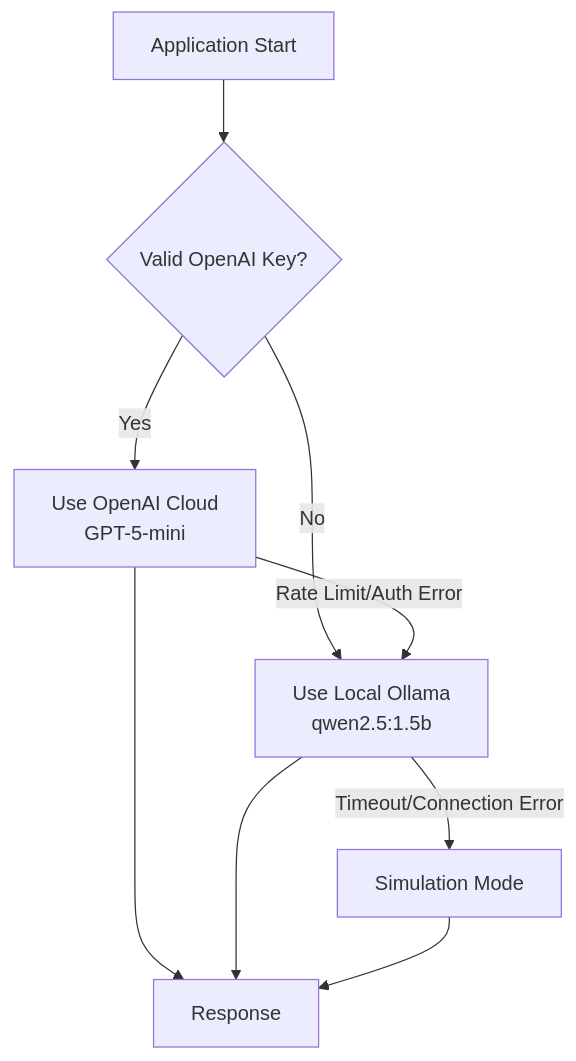
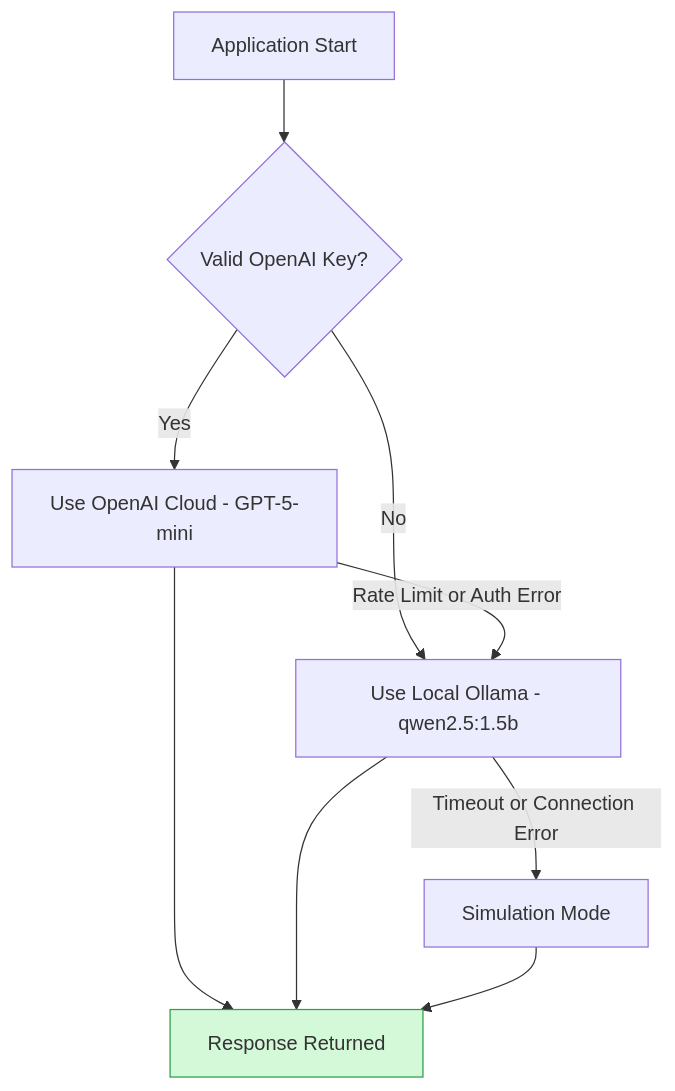
Diagram 19 of 22 in README.md (mikenk2010/COSC3009-Intelligent-Decision-Making-Advanced-IDM-Algorithm-Design), drawn with Mermaid before and after one commit. The commit also changed other lines of this file and 1 other file, not shown here.

````diff
--- a/README.md
+++ b/README.md
@@ -686,13 +823,15 @@
 ```mermaid
 flowchart TB
-    START[Application Start] --> CHECK{Valid OpenAI Key?}
-    CHECK --> |Yes| OPENAI[Use OpenAI Cloud<br/>GPT-5-mini]
-    CHECK --> |No| LOCAL[Use Local Ollama<br/>qwen2.5:1.5b]
+    START["Application Start"] --> CHECK{"Valid OpenAI Key?"}
+    CHECK --> |"Yes"| OPENAI["Use OpenAI Cloud - GPT-5-mini"]
+    CHECK --> |"No"| LOCAL["Use Local Ollama - qwen2.5:1.5b"]
 
-    OPENAI --> |Rate Limit/Auth Error| LOCAL
-    LOCAL --> |Timeout/Connection Error| SIM[Simulation Mode]
+    OPENAI --> |"Rate Limit or Auth Error"| LOCAL
+    LOCAL --> |"Timeout or Connection Error"| SIM["Simulation Mode"]
 
-    OPENAI --> SUCCESS[Response]
+    OPENAI --> SUCCESS["Response Returned"]
     LOCAL --> SUCCESS
     SIM --> SUCCESS
+
+    style SUCCESS fill:#d3f9d8,stroke:#2f9e44
 ```
````
